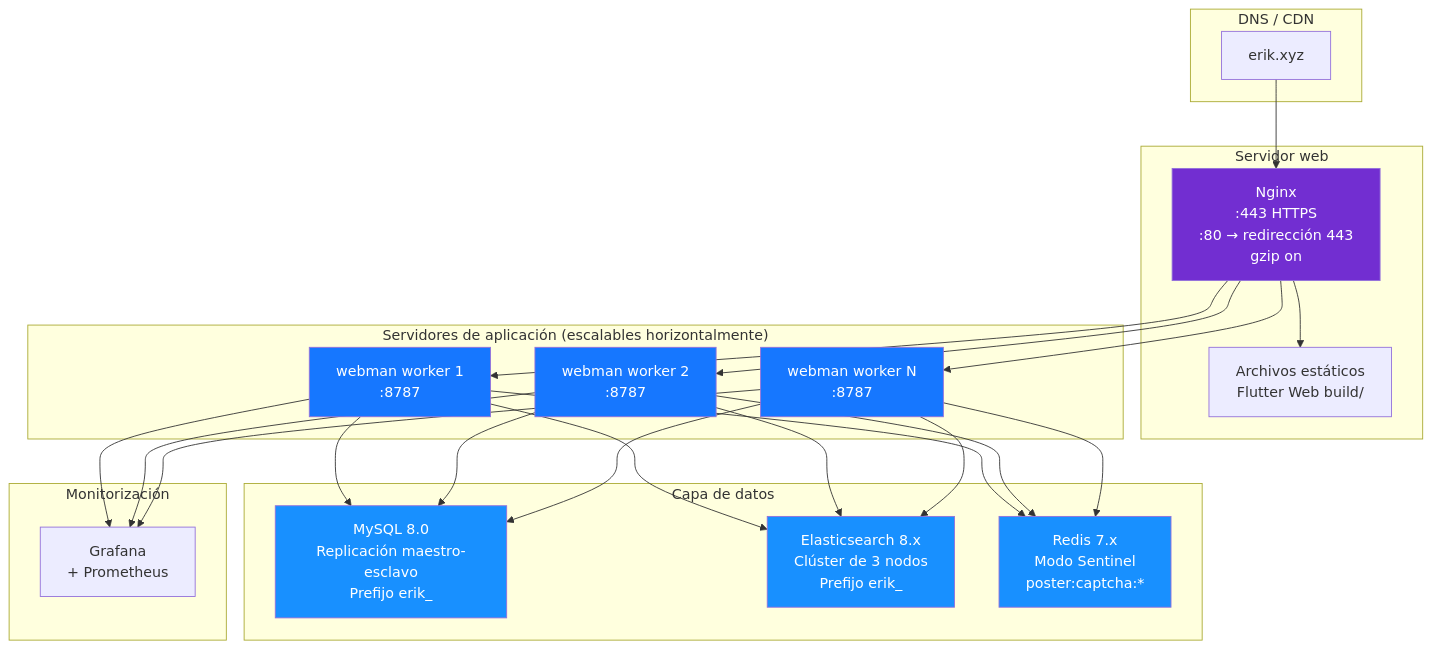
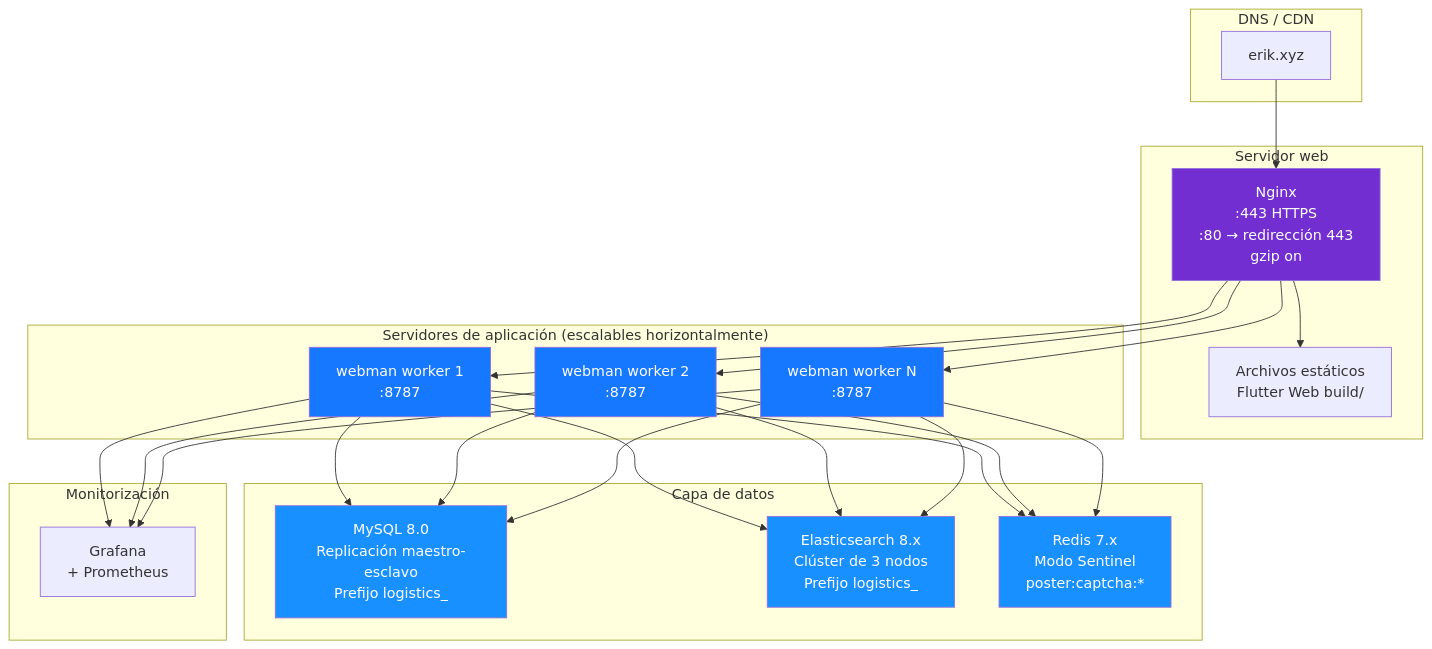
Before and after one commit to erikwang2013/integrated-global-logistics: diagram 14 of 14 in admin/docs/ARCHITECTURE.es.md, drawn with Mermaid. The commit also changed other lines of this file and 211 other files, not shown here.

````diff
--- a/admin/docs/ARCHITECTURE.es.md
+++ b/admin/docs/ARCHITECTURE.es.md
@@ -652,43 +652,43 @@
 ```mermaid
 flowchart TB
     subgraph "DNS / CDN"
         DNS["erik.xyz"]
     end
 
     subgraph "Servidor web"
         NGX["Nginx<br/>:443 HTTPS<br/>:80 → redirección 443<br/>gzip on"]
         STA["Archivos estáticos<br/>Flutter Web build/"]
     end
 
     subgraph "Servidores de aplicación (escalables horizontalmente)"
         WM1["webman worker 1<br/>:8787"]
         WM2["webman worker 2<br/>:8787"]
         WM3["webman worker N<br/>:8787"]
     end
 
     subgraph "Capa de datos"
-        MYSQL["MySQL 8.0<br/>Replicación maestro-esclavo<br/>Prefijo erik_"]
-        ES["Elasticsearch 8.x<br/>Clúster de 3 nodos<br/>Prefijo erik_"]
+        MYSQL["MySQL 8.0<br/>Replicación maestro-esclavo<br/>Prefijo logistics_"]
+        ES["Elasticsearch 8.x<br/>Clúster de 3 nodos<br/>Prefijo logistics_"]
         REDIS["Redis 7.x<br/>Modo Sentinel<br/>poster:captcha:*"]
     end
 
     subgraph "Monitorización"
         MON["Grafana<br/>+ Prometheus"]
     end
 
     DNS --> NGX
     NGX --> STA
     NGX --> WM1 & WM2 & WM3
     WM1 & WM2 & WM3 --> MYSQL
     WM1 & WM2 & WM3 --> ES
     WM1 & WM2 & WM3 --> REDIS
     WM1 & WM2 & WM3 --> MON
 
     style NGX fill:#722ED1,color:#fff
     style WM1 fill:#1677FF,color:#fff
     style WM2 fill:#1677FF,color:#fff
     style WM3 fill:#1677FF,color:#fff
     style MYSQL fill:#1890FF,color:#fff
     style ES fill:#1890FF,color:#fff
     style REDIS fill:#1890FF,color:#fff
 ```
````
